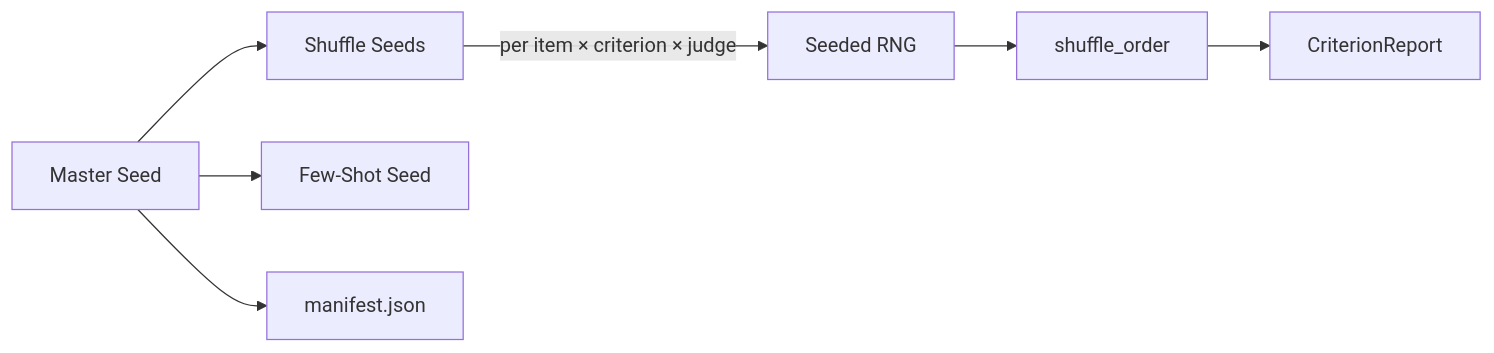
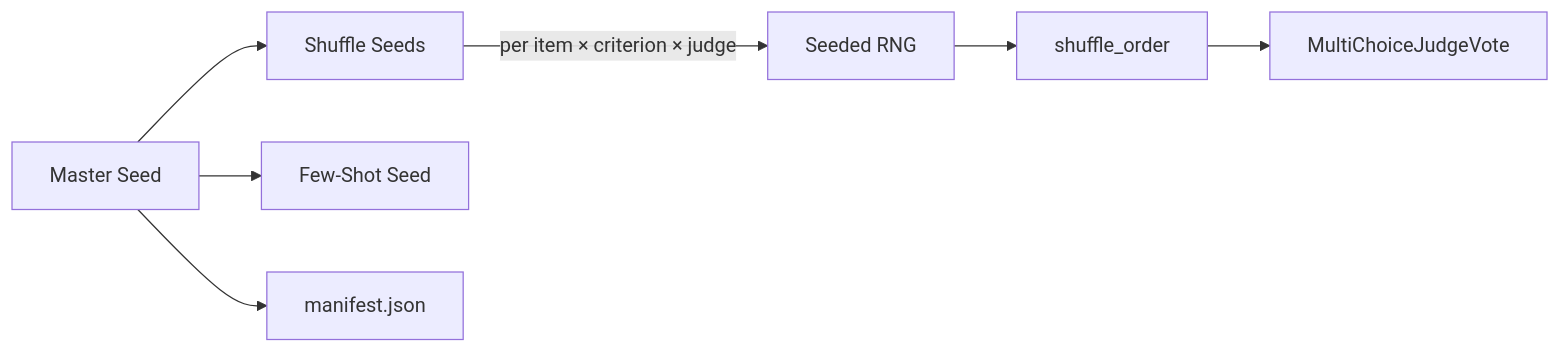
The diagram in docs/cookbook/fixing-seeds.md (delip/autorubric), drawn with Mermaid before and after one commit. The commit also changed other lines of this file and 16 other files, not shown here.

````diff
--- a/docs/cookbook/fixing-seeds.md
+++ b/docs/cookbook/fixing-seeds.md
@@ -19,9 +19,9 @@
 ```mermaid
 flowchart LR
     MS[Master Seed] --> SS[Shuffle Seeds]
     MS --> FS[Few-Shot Seed]
     SS --> |per item × criterion × judge| RNG[Seeded RNG]
     RNG --> SO[shuffle_order]
-    SO --> CR[CriterionReport]
+    SO --> CR[MultiChoiceJudgeVote]
     MS --> MF[manifest.json]
 ```
````
